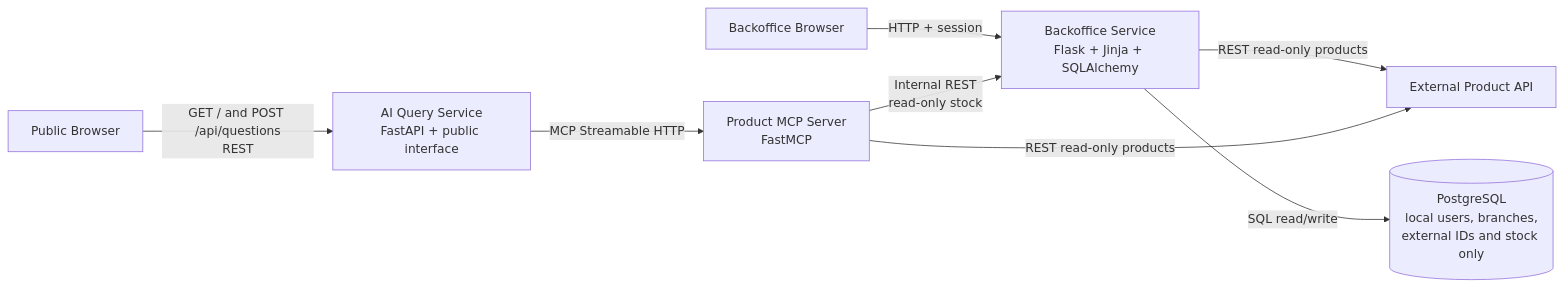
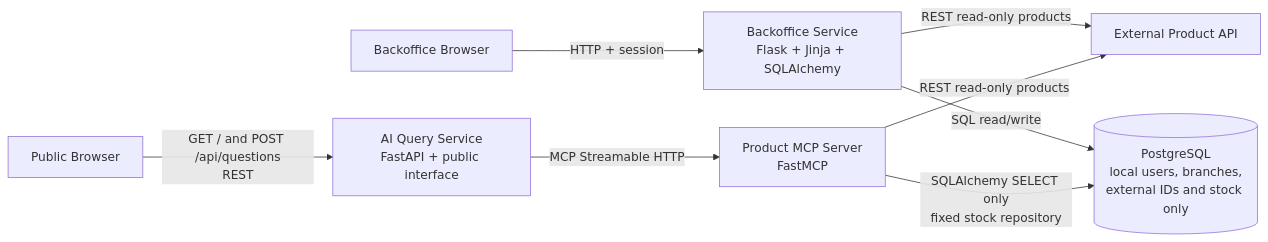
One commit to S3333B/hbntory-inventory-platform changed the diagram in docs/architecture.md. Above: the diagram before and after it, drawn with Mermaid. The commit also changed other lines of this file and 14 other files, not shown here.

Commit message:
fix: harden stock query MCP tools

````diff
--- a/docs/architecture.md
+++ b/docs/architecture.md
@@ -163,11 +163,11 @@
 ```mermaid
 flowchart LR
     BackofficeBrowser[Backoffice Browser] -->|HTTP + session| Backoffice[Backoffice Service<br/>Flask + Jinja + SQLAlchemy]
     Backoffice -->|SQL read/write| PostgreSQL[(PostgreSQL<br/>local users, branches,<br/>external IDs and stock only)]
     Backoffice -->|REST read-only products| ProductAPI[External Product API]
 
     PublicBrowser[Public Browser] -->|GET / and POST /api/questions<br/>REST| AI[AI Query Service<br/>FastAPI + public interface]
     AI -->|MCP Streamable HTTP| MCP[Product MCP Server<br/>FastMCP]
     MCP -->|REST read-only products| ProductAPI
-    MCP -->|Internal REST<br/>read-only stock| Backoffice
+    MCP -->|SQLAlchemy SELECT only<br/>fixed stock repository| PostgreSQL
 ```
````
